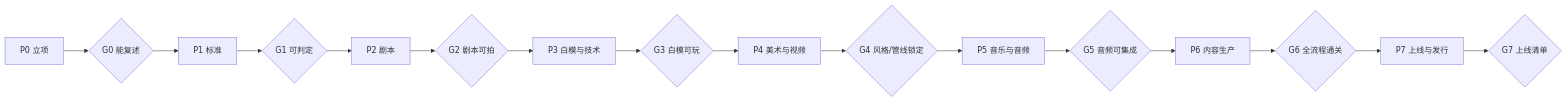
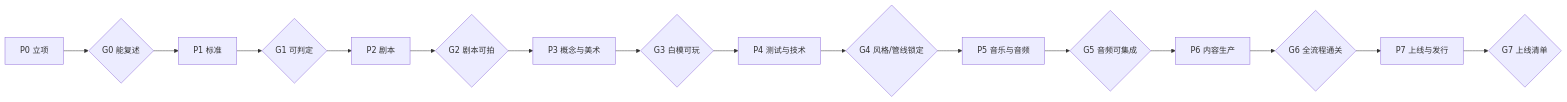
One commit to ChenWenhui816/Game_Creation_Studio changed the diagram in README.md. Above: the diagram before and after it, drawn with Mermaid. The commit also changed other lines of this file and 40 other files, not shown here.

````diff
--- a/README.md
+++ b/README.md
@@ -165,18 +173,18 @@
 ```mermaid
 flowchart LR
   P0[P0 立项] --> G0{G0 能复述}
   G0 --> P1[P1 标准]
   P1 --> G1{G1 可判定}
   G1 --> P2[P2 剧本]
   P2 --> G2{G2 剧本可拍}
-  G2 --> P3[P3 白模与技术]
+  G2 --> P3[P3 概念与美术]
   P3 --> G3{G3 白模可玩}
-  G3 --> P4[P4 美术与视频]
+  G3 --> P4[P4 测试与技术]
   P4 --> G4{G4 风格/管线锁定}
   G4 --> P5[P5 音乐与音频]
   P5 --> G5{G5 音频可集成}
   G5 --> P6[P6 内容生产]
   P6 --> G6{G6 全流程通关}
   G6 --> P7[P7 上线与发行]
   P7 --> G7{G7 上线清单}
 ```
````
